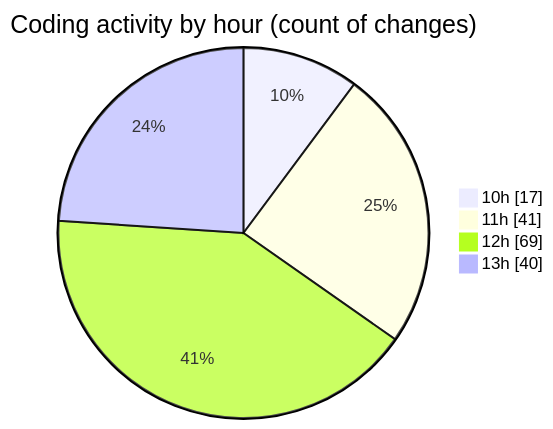
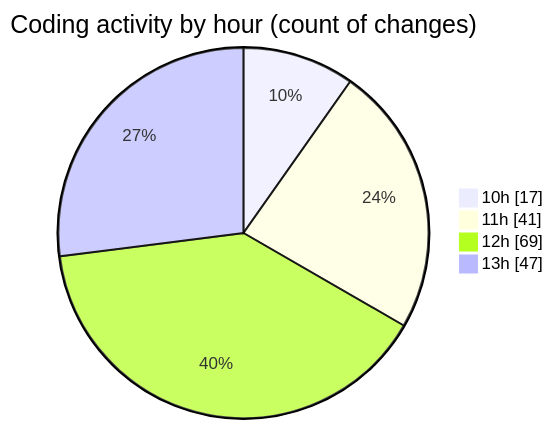
Before and after one commit to momahboobian/code-tracking: the second of 2 diagrams in 2025-10-06/cda/README.md, drawn with Mermaid. The commit also changed other lines of this file and 1 other file, not shown here.

````diff
--- a/2025-10-06/cda/README.md
+++ b/2025-10-06/cda/README.md
@@ -33,8 +33,8 @@
 ```mermaid
 pie showData
 title Coding activity by hour (count of changes)
 "10h" : 17
 "11h" : 41
 "12h" : 69
-"13h" : 40
+"13h" : 47
 ```
````
